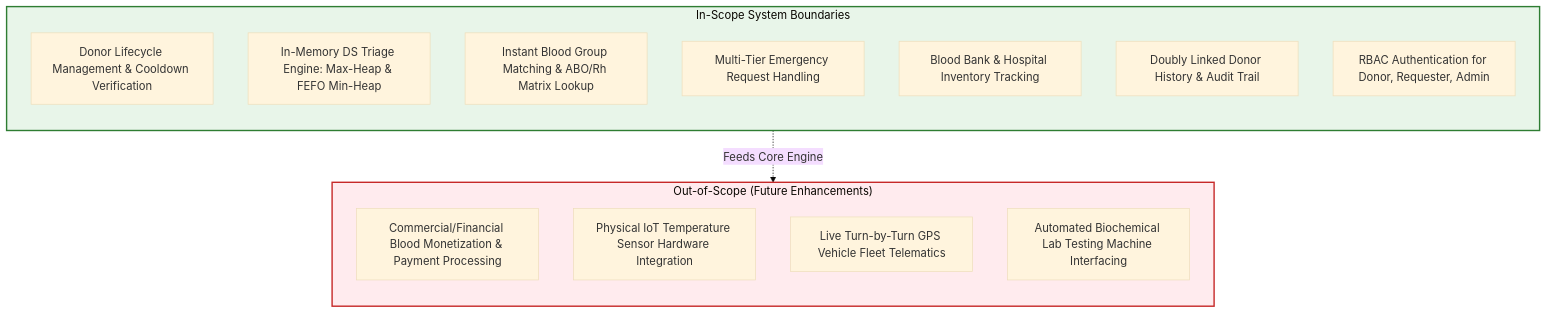
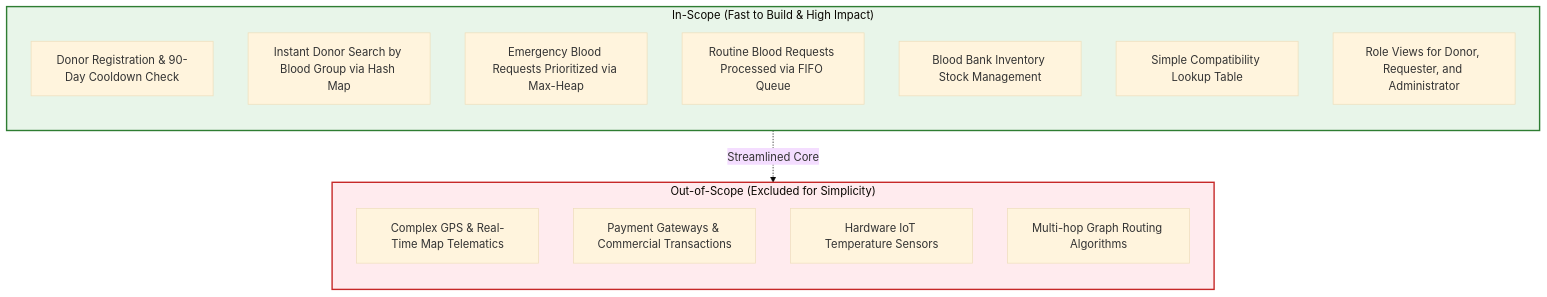
Before and after one commit to Shrey113/Assignment-1: the diagram in docs/01_project_scope.md, drawn with Mermaid (base theme). The commit also changed other lines of this file and 14 other files, not shown here.

Commit message:
refactor: simplify architecture, workflows, and DS flow for fast development

````diff
--- a/docs/01_project_scope.md
+++ b/docs/01_project_scope.md
@@ -28,26 +22,26 @@
 ```mermaid
 graph TB
-    subgraph IN_SCOPE["In-Scope System Boundaries"]
+    subgraph IN_SCOPE["In-Scope (Fast to Build & High Impact)"]
         direction TB
-        A1[Donor Lifecycle Management & Cooldown Verification]
-        A2[In-Memory DS Triage Engine: Max-Heap & FEFO Min-Heap]
-        A3[Instant Blood Group Matching & ABO/Rh Matrix Lookup]
-        A4[Multi-Tier Emergency Request Handling]
-        A5[Blood Bank & Hospital Inventory Tracking]
-        A6[Doubly Linked Donor History & Audit Trail]
-        A7[RBAC Authentication for Donor, Requester, Admin]
+        A1[Donor Registration & 90-Day Cooldown Check]
+        A2[Instant Donor Search by Blood Group via Hash Map]
+        A3[Emergency Blood Requests Prioritized via Max-Heap]
+        A4[Routine Blood Requests Processed via FIFO Queue]
+        A5[Blood Bank Inventory Stock Management]
+        A6[Simple Compatibility Lookup Table]
+        A7[Role Views for Donor, Requester, and Administrator]
     end
 
-    subgraph OUT_OF_SCOPE["Out-of-Scope (Future Enhancements)"]
+    subgraph OUT_OF_SCOPE["Out-of-Scope (Excluded for Simplicity)"]
         direction TB
-        B1[Commercial/Financial Blood Monetization & Payment Processing]
-        B2[Physical IoT Temperature Sensor Hardware Integration]
-        B3[Live Turn-by-Turn GPS Vehicle Fleet Telematics]
-        B4[Automated Biochemical Lab Testing Machine Interfacing]
+        B1[Complex GPS & Real-Time Map Telematics]
+        B2[Payment Gateways & Commercial Transactions]
+        B3[Hardware IoT Temperature Sensors]
+        B4[Multi-hop Graph Routing Algorithms]
     end
 
-    IN_SCOPE -.->|Feeds Core Engine| OUT_OF_SCOPE
+    IN_SCOPE -.->|Streamlined Core| OUT_OF_SCOPE
     
     style IN_SCOPE fill:#e8f5e9,stroke:#2e7d32,stroke-width:2px
     style OUT_OF_SCOPE fill:#ffebee,stroke:#c62828,stroke-width:2px
 ```
````
